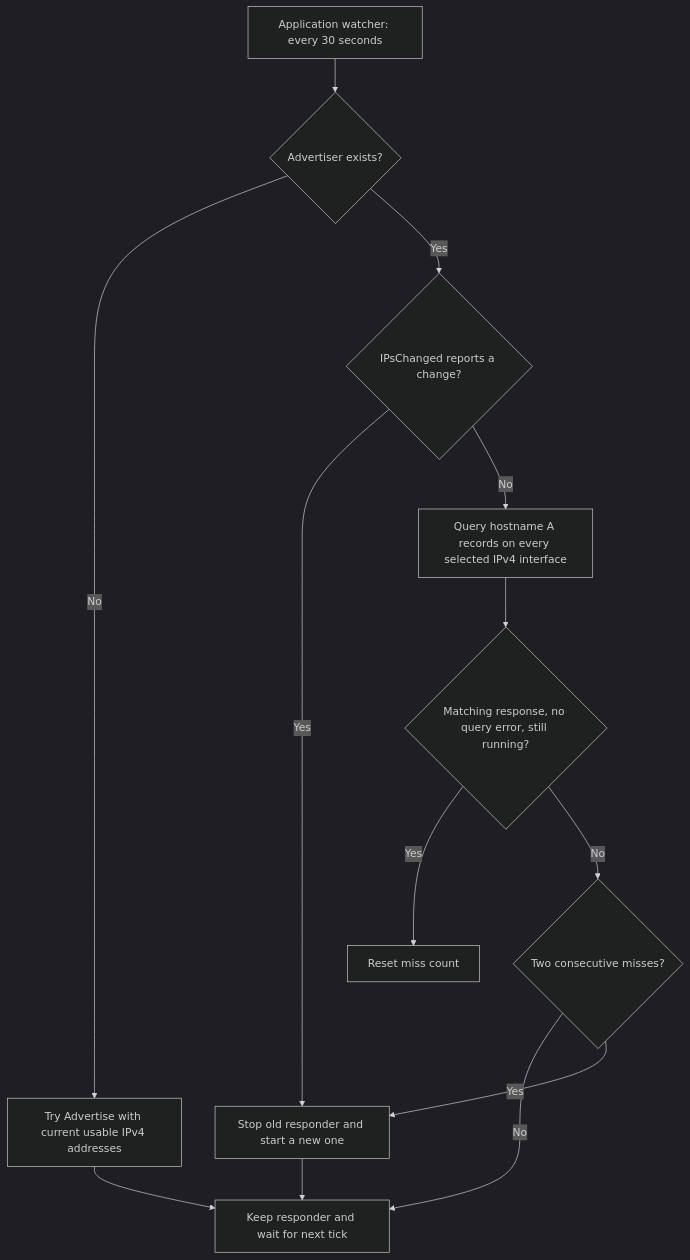
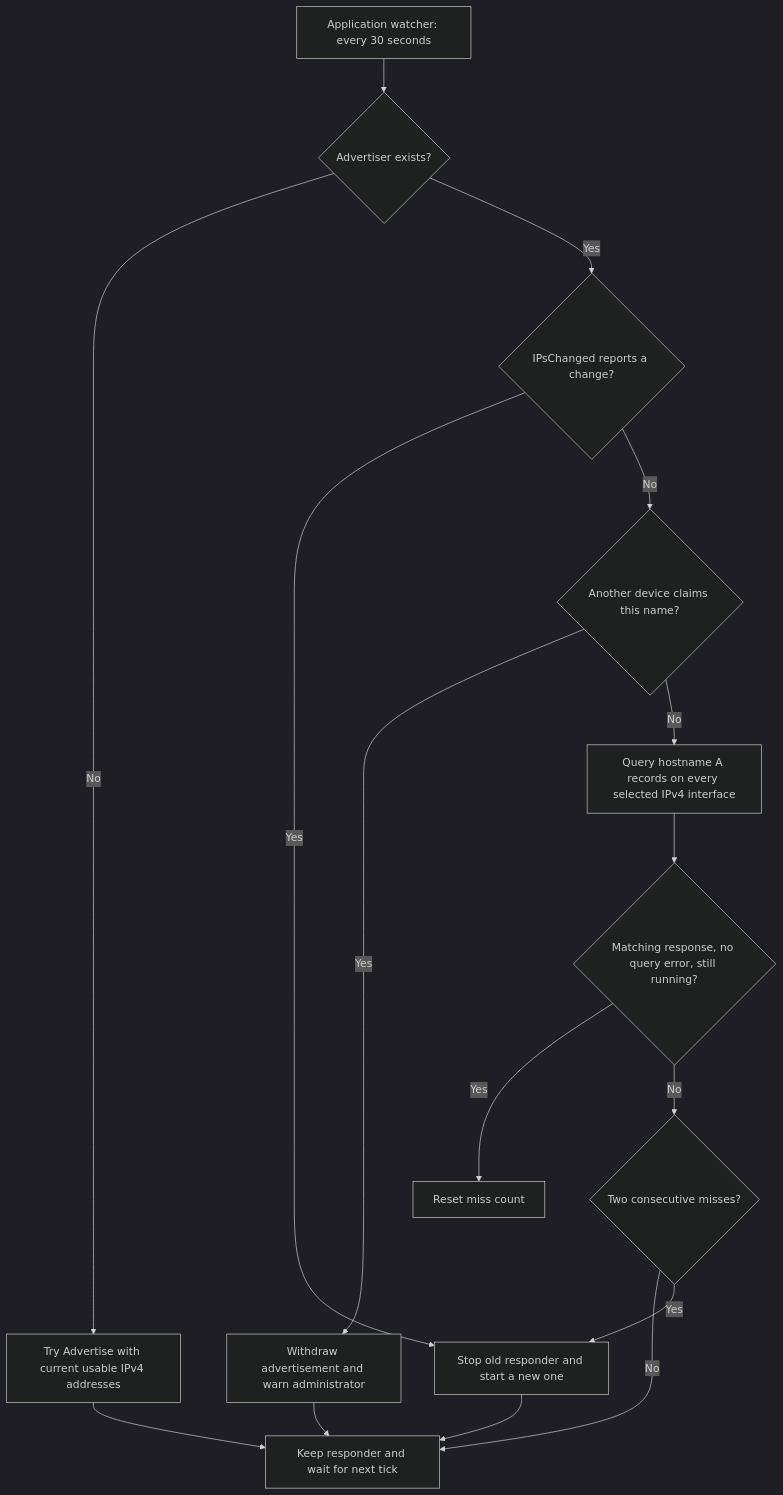
Before and after one commit to ohcnetwork/care_clinic: the fourth of 6 diagrams in docs/native-integrations.md, drawn with Mermaid (dark theme). The commit also changed other lines of this file and 75 other files, not shown here.

````diff
--- a/docs/native-integrations.md
+++ b/docs/native-integrations.md
@@ -905,15 +937,18 @@
 ```mermaid
 flowchart TD
     Tick["Application watcher: every 30 seconds"] --> Have{"Advertiser exists?"}
     Have -- No --> Start["Try Advertise with current usable IPv4 addresses"]
     Have -- Yes --> Changed{"IPsChanged reports a change?"}
     Changed -- Yes --> Renew["Stop old responder and start a new one"]
-    Changed -- No --> Probe["Query hostname A records on every selected IPv4 interface"]
+    Changed -- No --> Conflict{"Another device claims this name?"}
+    Conflict -- Yes --> Pause["Withdraw advertisement and warn administrator"]
+    Pause --> Later
+    Conflict -- No --> Probe["Query hostname A records on every selected IPv4 interface"]
     Probe --> Match{"Matching response, no query error, still running?"}
     Match -- Yes --> Reset["Reset miss count"]
     Match -- No --> Misses{"Two consecutive misses?"}
     Misses -- No --> Later["Keep responder and wait for next tick"]
     Misses -- Yes --> Renew
     Start --> Later
     Renew --> Later
 ```
````
